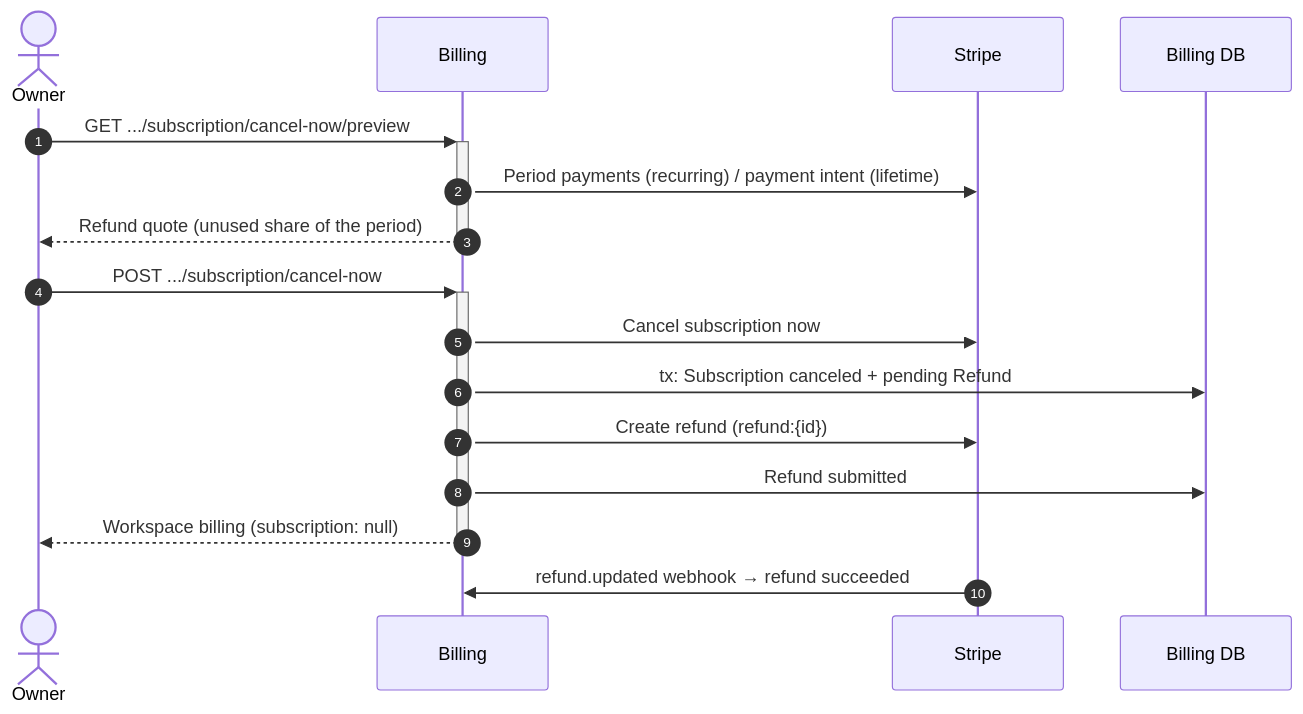
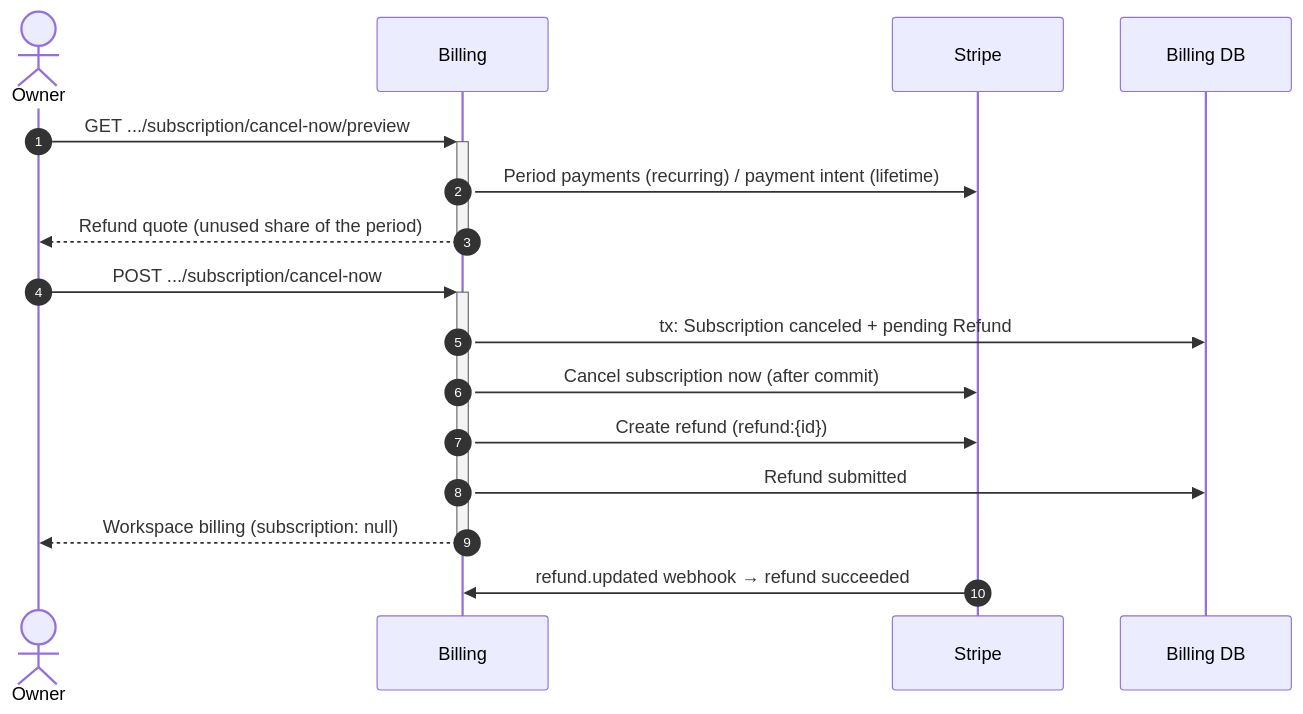
Before and after one commit to notopia-uit/notopia: the fourth of 5 diagrams in docs/src/references/sequence/billing.md, drawn with Mermaid. The commit also changed other lines of this file and 2 other files, not shown here.

Commit message:
docs(billing): align spec, plan and diagrams with the implementation

````diff
--- a/docs/src/references/sequence/billing.md
+++ b/docs/src/references/sequence/billing.md
@@ -87,20 +87,20 @@
 ```mermaid
 sequenceDiagram
     autonumber
 
     actor U as Owner
     participant B as Billing
     participant S as Stripe
     participant DB as Billing DB
 
     U->>+B: GET .../subscription/cancel-now/preview
     B->>S: Period payments (recurring) / payment intent (lifetime)
     B-->>-U: Refund quote (unused share of the period)
     U->>+B: POST .../subscription/cancel-now
-    B->>S: Cancel subscription now
     B->>DB: tx: Subscription canceled + pending Refund
+    B->>S: Cancel subscription now (after commit)
     B->>S: Create refund (refund:{id})
     B->>DB: Refund submitted
     B-->>-U: Workspace billing (subscription: null)
     S->>B: refund.updated webhook → refund succeeded
 ```
````
